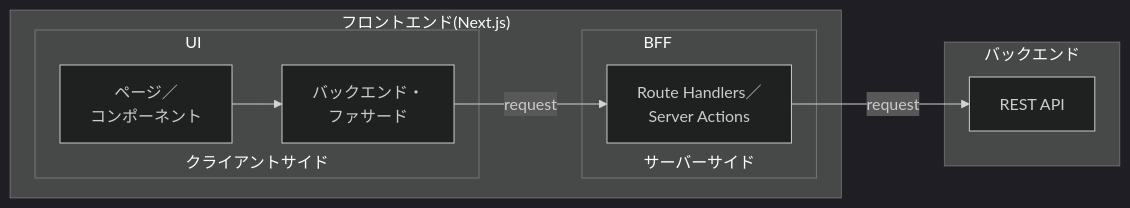
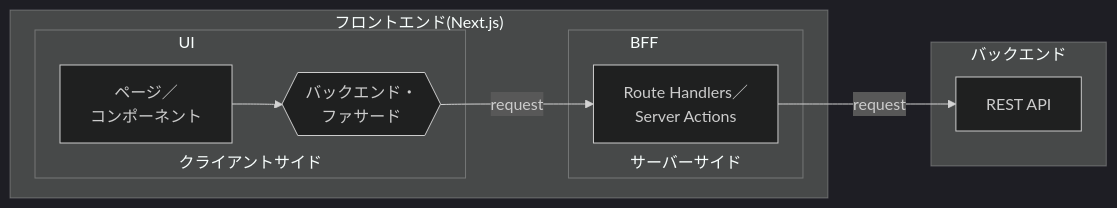
One commit to sudo-yoko/portfolio-nextjs changed the first of 2 diagrams in README.md. Above: the diagram before and after it, drawn with Mermaid (dark theme).

````diff
--- a/README.md
+++ b/README.md
@@ -32,18 +32,18 @@
 ```mermaid
 flowchart LR
 	subgraph "フロントエンド(Next.js)"
 		subgraph "UI<br><br><br><br><br>クライアントサイド"
 			U["ページ／<br>コンポーネント"]
-			F["バックエンド・<br>ファサード"]
+			F{{"バックエンド・<br>ファサード"}}
 		end
 		subgraph "BFF<br><br><br><br><br>サーバーサイド"
 			B[Route Handlers／<br>Server Actions]
 		end
 	end
 	U-->F
 	F-- request -->B
 	subgraph "バックエンド"
 		REST["REST API"]
 	end
 	B-- request -->REST
 ```
````
